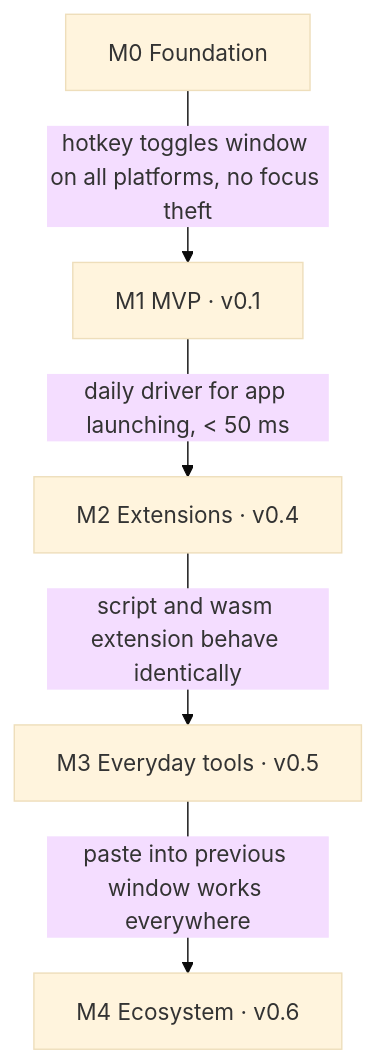
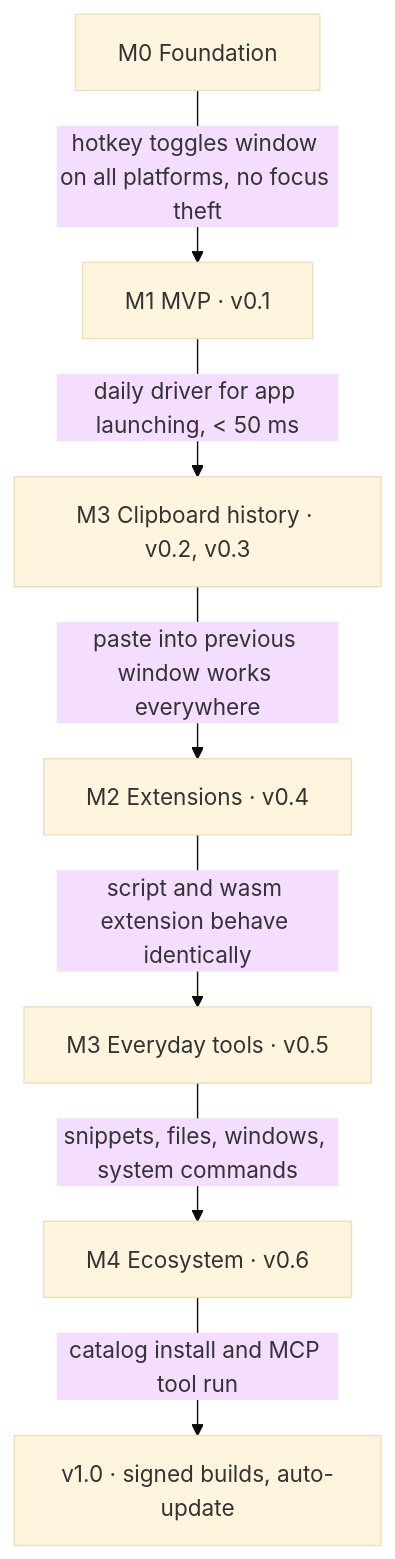
Before and after one commit to GravionLabs/daimos: the diagram in docs/specs/product-spec.md, drawn with Mermaid (base theme). The commit also changed other lines of this file and 8 other files, not shown here.

````diff
--- a/docs/specs/product-spec.md
+++ b/docs/specs/product-spec.md
@@ -95,7 +111,9 @@
 ```mermaid
 flowchart TD
   M0["M0 Foundation"] -->|"hotkey toggles window on all platforms, no focus theft"| M1["M1 MVP · v0.1"]
-  M1 -->|"daily driver for app launching, < 50 ms"| M2["M2 Extensions · v0.4"]
-  M2 -->|"script and wasm extension behave identically"| M3["M3 Everyday tools · v0.5"]
-  M3 -->|"paste into previous window works everywhere"| M4["M4 Ecosystem · v0.6"]
+  M1 -->|"daily driver for app launching, < 50 ms"| M3a["M3 Clipboard history · v0.2, v0.3"]
+  M3a -->|"paste into previous window works everywhere"| M2["M2 Extensions · v0.4"]
+  M2 -->|"script and wasm extension behave identically"| M3b["M3 Everyday tools · v0.5"]
+  M3b -->|"snippets, files, windows, system commands"| M4["M4 Ecosystem · v0.6"]
+  M4 -->|"catalog install and MCP tool run"| V1["v1.0 · signed builds, auto-update"]
 ```
````
